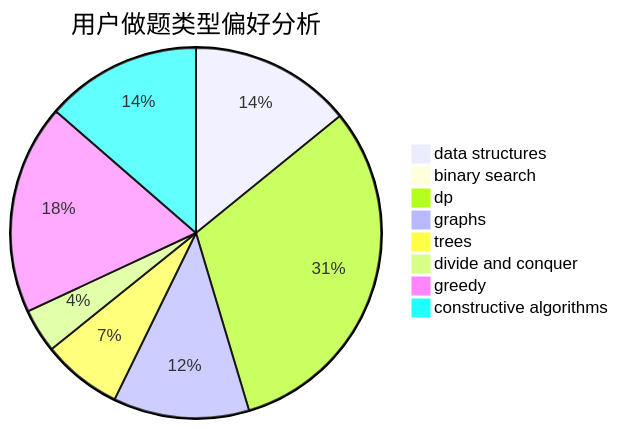
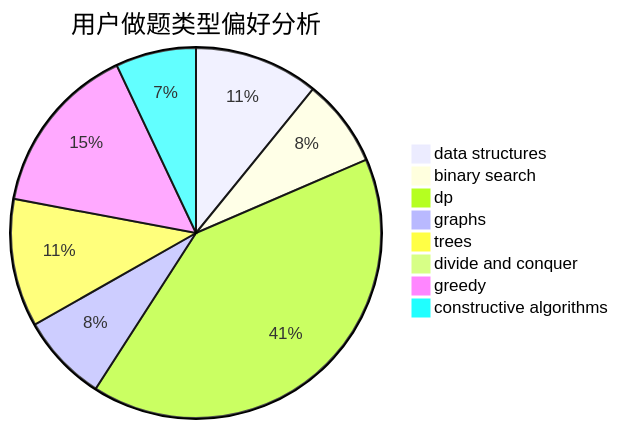
Before and after one commit to sherpahu/cfrs.github.io: the second of 3 diagrams in docs/user/u1763.md, drawn with Mermaid. The commit also changed other lines of this file and 2770 other files, not shown here.

````diff
--- a/docs/user/u1763.md
+++ b/docs/user/u1763.md
@@ -23,11 +23,11 @@
 ```mermaid
 pie title 用户做题类型偏好分析
-    "data structures" :  81
-    "binary search" :  3
-    "dp" :  179
-    "graphs" :  68
-    "trees" :  40
-    "divide and conquer" :  22
-    "greedy" :  105
-    "constructive algorithms" :  78
+    "data structures" :  34
+    "binary search" :  24
+    "dp" :  127
+    "graphs" :  24
+    "trees" :  35
+    "divide and conquer" :  0
+    "greedy" :  47
+    "constructive algorithms" :  22
 ```
````
